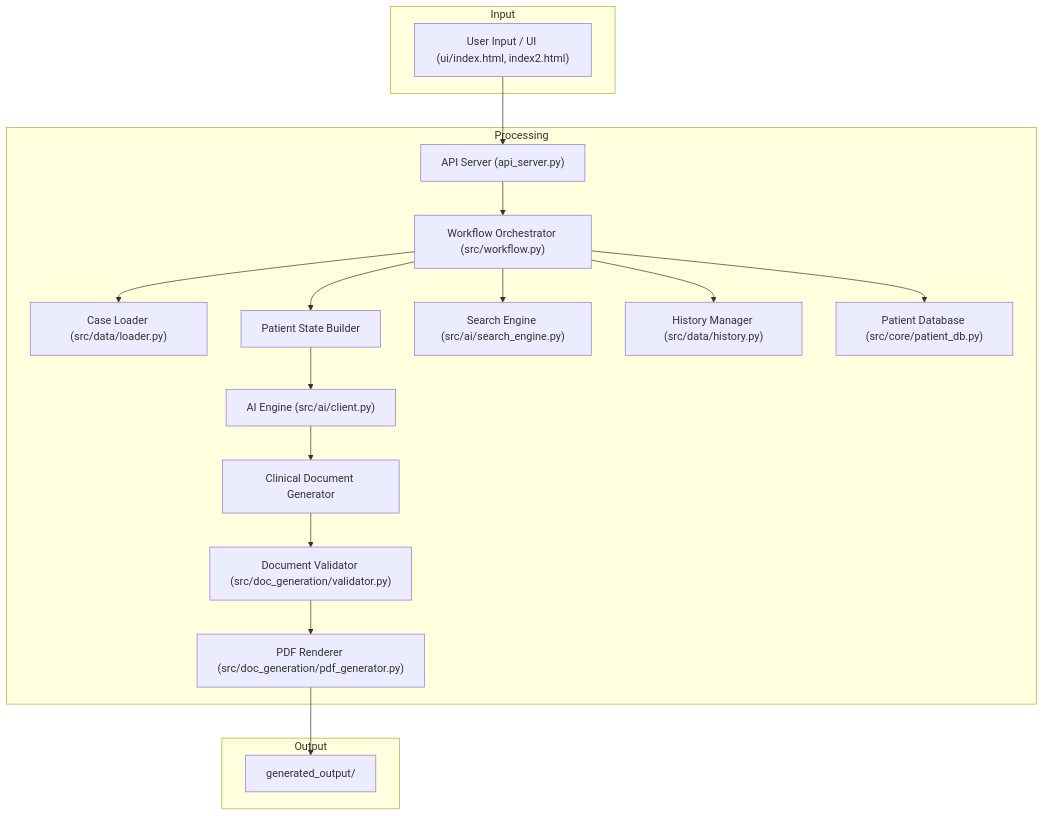
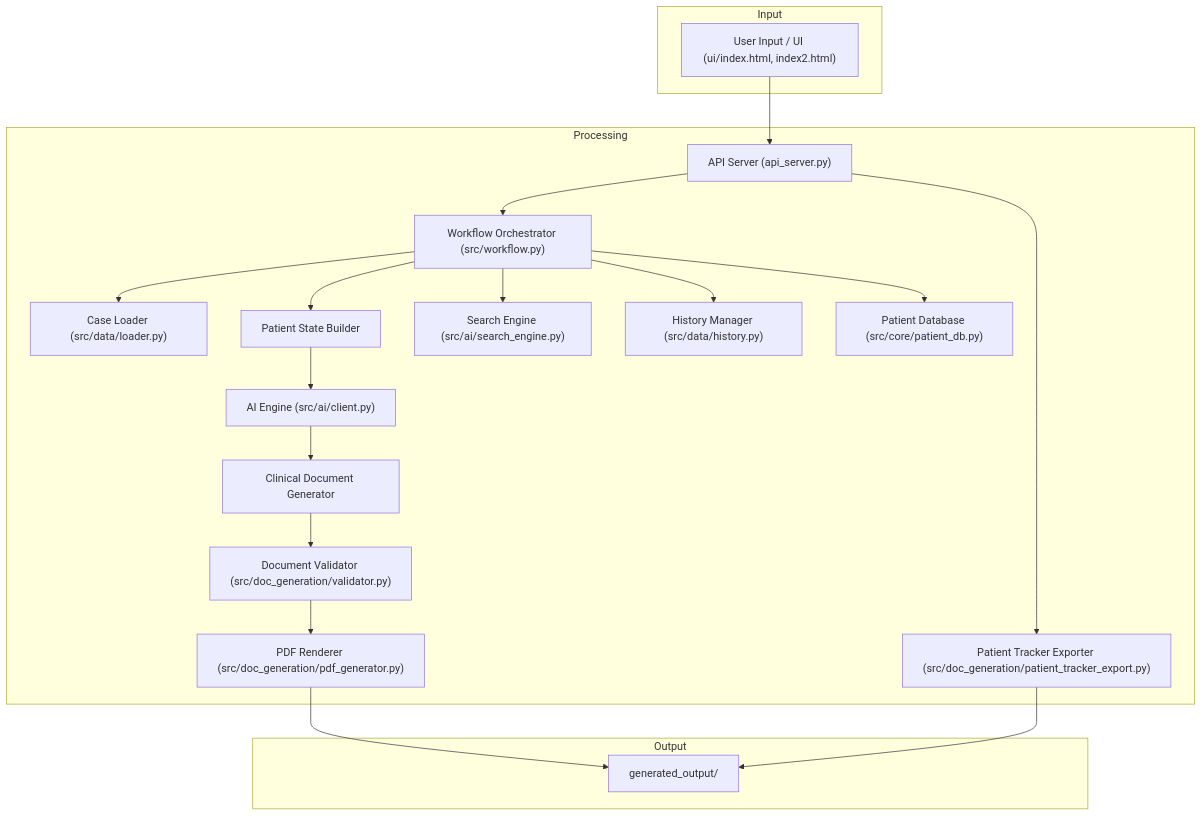
The diagram in ARCHITECTURE.md (akshaykumarar/pdgenerator), drawn with Mermaid before and after one commit. The commit also changed other lines of this file and 15 other files, not shown here.

Commit message:
add patient tracker exporter to generate landscape PDF tables and TSV reports for clinical metrics

````diff
--- a/ARCHITECTURE.md
+++ b/ARCHITECTURE.md
@@ -41,22 +41,24 @@
 ```mermaid
 graph TD
     subgraph Input
         UI["User Input / UI (ui/index.html, index2.html)"]
     end
     subgraph Processing
         API["API Server (api_server.py)"] --> Generator["Workflow Orchestrator (src/workflow.py)"]
+        API --> TrackerExporter["Patient Tracker Exporter (src/doc_generation/patient_tracker_export.py)"]
         Generator --> DataLoader["Case Loader (src/data/loader.py)"]
         Generator --> PatientState["Patient State Builder"]
         PatientState --> AIEngine["AI Engine (src/ai/client.py)"]
         AIEngine --> Documents["Clinical Document Generator"]
         Documents --> Validator["Document Validator (src/doc_generation/validator.py)"]
         Validator --> PDFFactory["PDF Renderer (src/doc_generation/pdf_generator.py)"]
         Generator --> Search["Search Engine (src/ai/search_engine.py)"]
         Generator --> History["History Manager (src/data/history.py)"]
         Generator --> DB["Patient Database (src/core/patient_db.py)"]
     end
     subgraph Output
         PDFFactory --> OutputDir["generated_output/"]
+        TrackerExporter --> OutputDir
     end
     UI --> API
 ```
````
